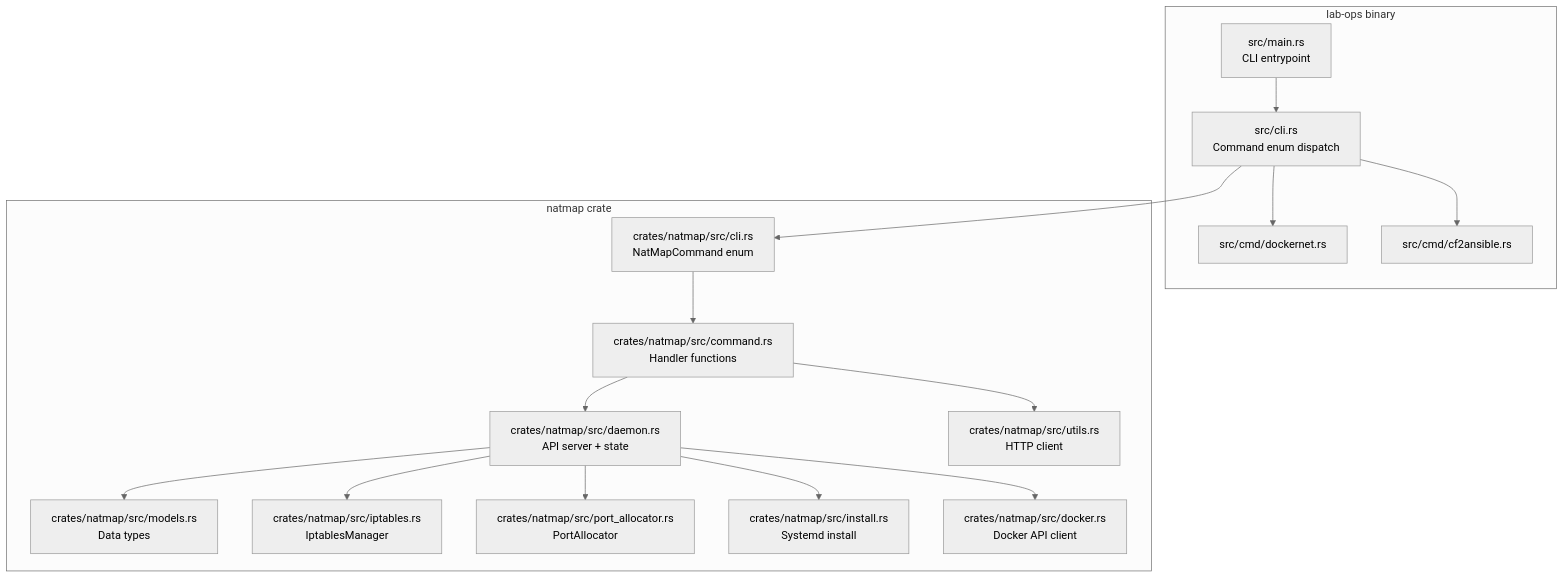
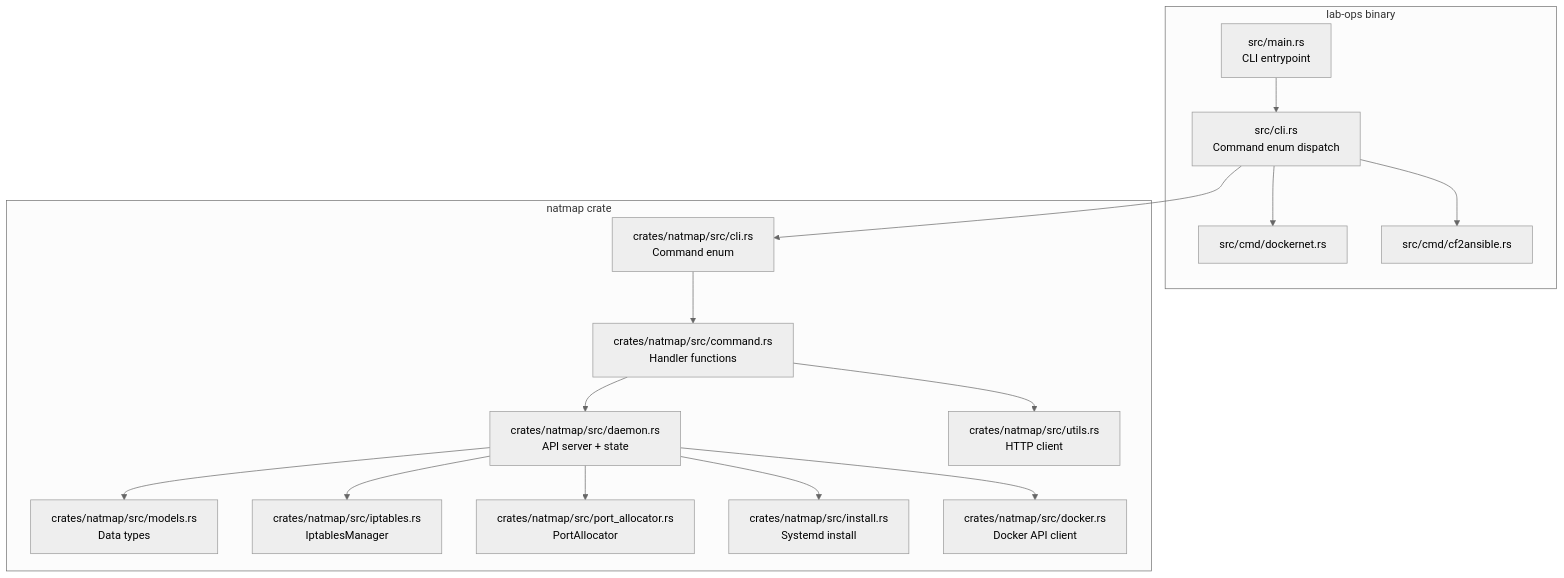
The diagram in docs/diagrams/crate-structure.mmd (FAZuH/lab-ops), drawn with Mermaid (neutral theme) before and after one commit. The commit also changed 11 other files, not shown here.

```diff
--- a/docs/diagrams/crate-structure.mmd
+++ b/docs/diagrams/crate-structure.mmd
@@ -1,33 +1,33 @@
 flowchart TB
     subgraph "lab-ops binary"
         main["src/main.rs<br/>CLI entrypoint"]
         cli["src/cli.rs<br/>Command enum dispatch"]
         dockernet["src/cmd/dockernet.rs"]
         cf2ansible["src/cmd/cf2ansible.rs"]
     end
 
     subgraph "natmap crate"
-        ncli["crates/natmap/src/cli.rs<br/>NatMapCommand enum"]
+        ncli["crates/natmap/src/cli.rs<br/>Command enum"]
         cmd["crates/natmap/src/command.rs<br/>Handler functions"]
         daemon["crates/natmap/src/daemon.rs<br/>API server + state"]
         models["crates/natmap/src/models.rs<br/>Data types"]
         ipt["crates/natmap/src/iptables.rs<br/>IptablesManager"]
         ports["crates/natmap/src/port_allocator.rs<br/>PortAllocator"]
         inst["crates/natmap/src/install.rs<br/>Systemd install"]
         docker["crates/natmap/src/docker.rs<br/>Docker API client"]
         utils["crates/natmap/src/utils.rs<br/>HTTP client"]
     end
 
     main --> cli
     cli --> dockernet
     cli --> cf2ansible
     cli --> ncli
 
     ncli --> cmd
     cmd --> daemon
     cmd --> utils
     daemon --> models
     daemon --> ipt
     daemon --> ports
     daemon --> docker
     daemon --> inst
```
